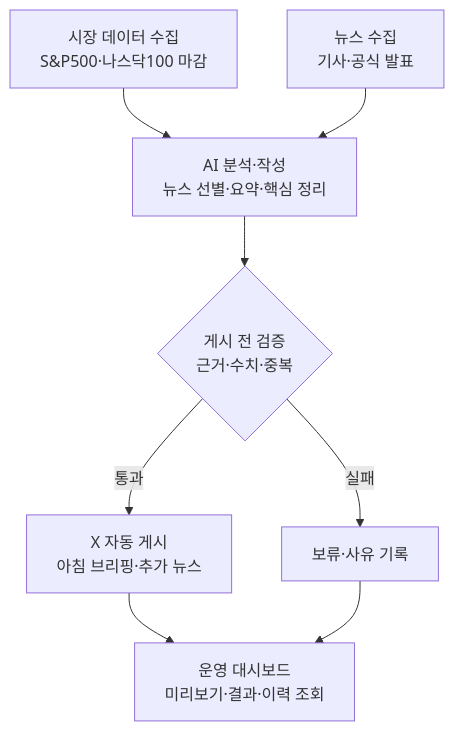
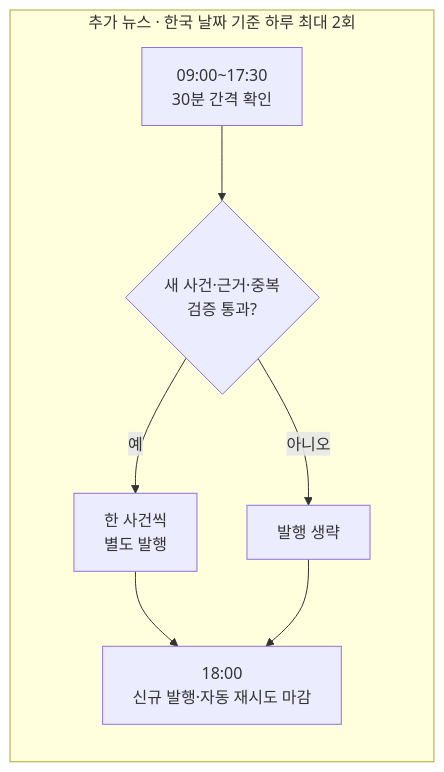
Before and after one commit to luvulmi/xfolio: the third of 3 diagrams in tasks/progress/2026-10-18.md, drawn with Mermaid. The commit also changed other lines of this file and 5 other files, not shown here.

````diff
--- a/tasks/progress/2026-10-18.md
+++ b/tasks/progress/2026-10-18.md
@@ -78,10 +89,10 @@
 ```mermaid
-flowchart TD
-    M["시장 데이터 수집<br/>S&P500·나스닥100 마감"] --> A["AI 분석·작성<br/>뉴스 선별·요약·핵심 정리"]
-    N["뉴스 수집<br/>기사·공식 발표"] --> A
-    A --> V{"게시 전 검증<br/>근거·수치·중복"}
-    V -->|통과| X["X 자동 게시<br/>아침 브리핑·추가 뉴스"]
-    V -->|실패| H["보류·사유 기록"]
-    X --> D["운영 대시보드<br/>미리보기·결과·이력 조회"]
-    H --> D
+flowchart LR
+    subgraph updates["추가 뉴스 · 한국 날짜 기준 하루 최대 2회"]
+        N1["09:00~17:30<br/>30분 간격 확인"] --> N2{"새 사건·근거·중복<br/>검증 통과?"}
+        N2 -->|예| N3["한 사건씩<br/>별도 발행"]
+        N2 -->|아니오| N4["발행 생략"]
+        N3 --> N5["18:00<br/>신규 발행·자동 재시도 마감"]
+        N4 --> N5
+    end
 ```
````
